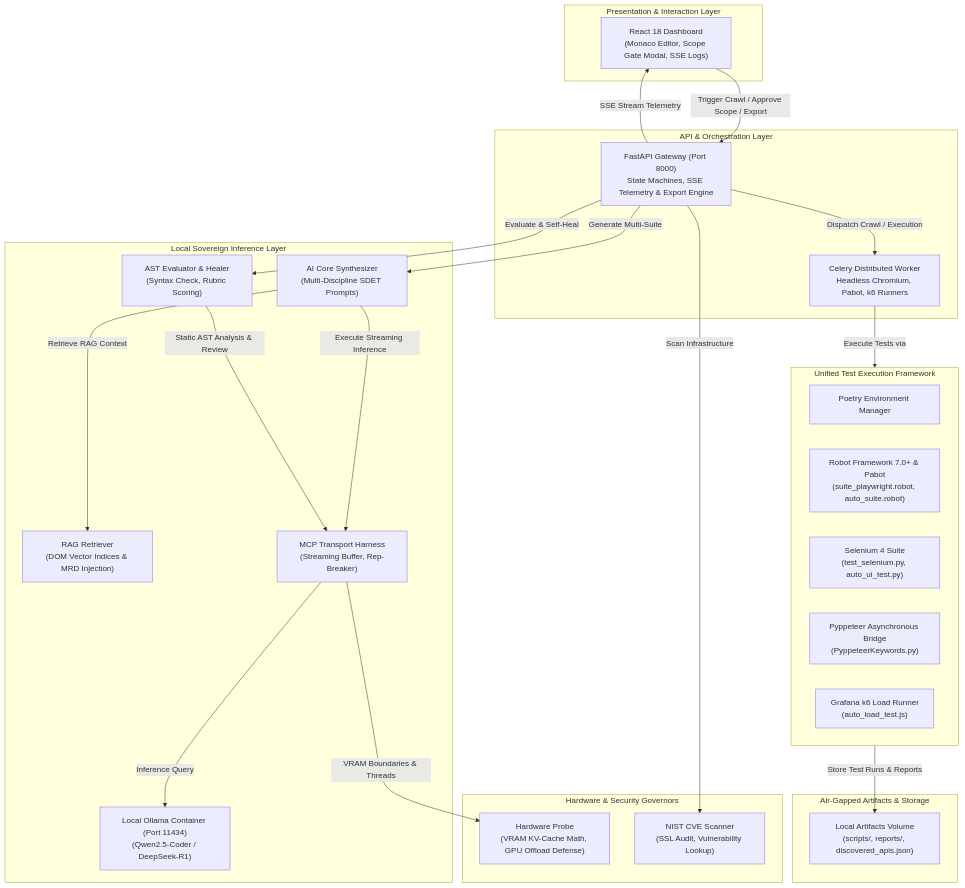
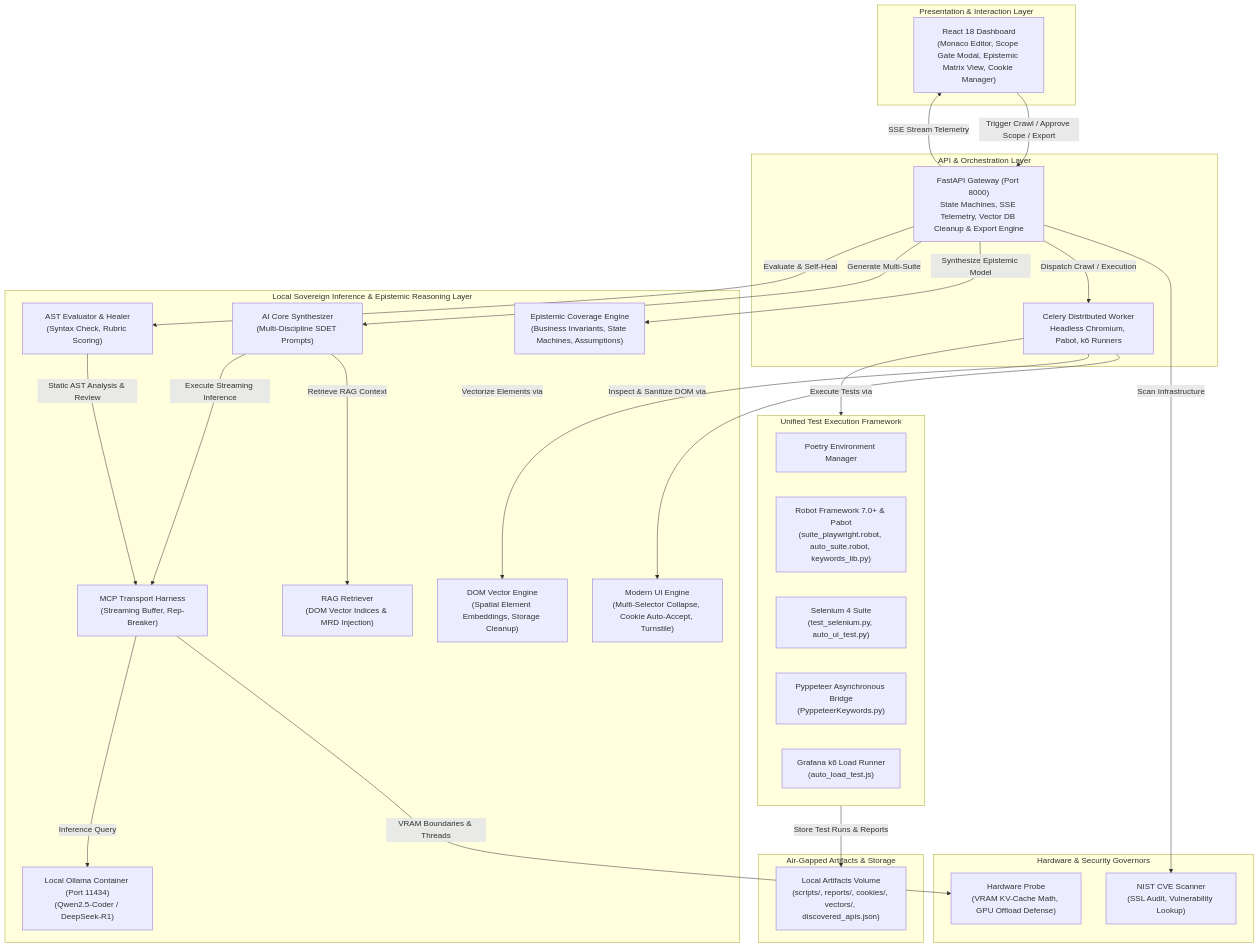
One commit to nitinjugal17/ATP changed the first of 5 diagrams in README.md. Above: the diagram before and after it, drawn with Mermaid. The commit also changed other lines of this file, not shown here.

````diff
--- a/README.md
+++ b/README.md
@@ -388,52 +405,58 @@
 ```mermaid
 graph TD
     subgraph Presentation ["Presentation & Interaction Layer"]
-        UI["React 18 Dashboard<br/>(Monaco Editor, Scope Gate Modal, SSE Logs)"]
+        UI["React 18 Dashboard<br/>(Monaco Editor, Scope Gate Modal, Epistemic Matrix View, Cookie Manager)"]
     end
 
     subgraph Gateway ["API & Orchestration Layer"]
-        FASTAPI["FastAPI Gateway (Port 8000)<br/>State Machines, SSE Telemetry & Export Engine"]
+        FASTAPI["FastAPI Gateway (Port 8000)<br/>State Machines, SSE Telemetry, Vector DB Cleanup & Export Engine"]
         WORKER["Celery Distributed Worker<br/>Headless Chromium, Pabot, k6 Runners"]
     end
 
-    subgraph Reasoning ["Local Sovereign Inference Layer"]
+    subgraph Reasoning ["Local Sovereign Inference & Epistemic Reasoning Layer"]
         AI_CORE["AI Core Synthesizer<br/>(Multi-Discipline SDET Prompts)"]
+        COVERAGE["Epistemic Coverage Engine<br/>(Business Invariants, State Machines, Assumptions)"]
+        MODERN_UI["Modern UI Engine<br/>(Multi-Selector Collapse, Cookie Auto-Accept, Turnstile)"]
+        DOM_VECTOR["DOM Vector Engine<br/>(Spatial Element Embeddings, Storage Cleanup)"]
         EVALUATOR["AST Evaluator & Healer<br/>(Syntax Check, Rubric Scoring)"]
         LANGCHAIN["RAG Retriever<br/>(DOM Vector Indices & MRD Injection)"]
         MCP_HARNESS["MCP Transport Harness<br/>(Streaming Buffer, Rep-Breaker)"]
         OLLAMA["Local Ollama Container (Port 11434)<br/>(Qwen2.5-Coder / DeepSeek-R1)"]
     end
 
     subgraph TestingHarness ["Unified Test Execution Framework"]
         POETRY["Poetry Environment Manager"]
-        ROBOT["Robot Framework 7.0+ & Pabot<br/>(suite_playwright.robot, auto_suite.robot)"]
+        ROBOT["Robot Framework 7.0+ & Pabot<br/>(suite_playwright.robot, auto_suite.robot, keywords_lib.py)"]
         SELENIUM["Selenium 4 Suite<br/>(test_selenium.py, auto_ui_test.py)"]
         PYPPETEER["Pyppeteer Asynchronous Bridge<br/>(PyppeteerKeywords.py)"]
         K6["Grafana k6 Load Runner<br/>(auto_load_test.js)"]
     end
 
     subgraph Hardware ["Hardware & Security Governors"]
         PROBE["Hardware Probe<br/>(VRAM KV-Cache Math, GPU Offload Defense)"]
         NIST["NIST CVE Scanner<br/>(SSL Audit, Vulnerability Lookup)"]
     end
 
     subgraph Storage ["Air-Gapped Artifacts & Storage"]
-        ARTIFACTS["Local Artifacts Volume<br/>(scripts/, reports/, discovered_apis.json)"]
+        ARTIFACTS["Local Artifacts Volume<br/>(scripts/, reports/, cookies/, vectors/, discovered_apis.json)"]
     end
 
     UI -->|Trigger Crawl / Approve Scope / Export| FASTAPI
     FASTAPI -->|SSE Stream Telemetry| UI
     FASTAPI -->|Scan Infrastructure| NIST
     FASTAPI -->|Dispatch Crawl / Execution| WORKER
+    FASTAPI -->|Synthesize Epistemic Model| COVERAGE
     FASTAPI -->|Generate Multi-Suite| AI_CORE
     FASTAPI -->|Evaluate & Self-Heal| EVALUATOR
 
     AI_CORE -->|Retrieve RAG Context| LANGCHAIN
     AI_CORE -->|Execute Streaming Inference| MCP_HARNESS
     MCP_HARNESS -->|VRAM Boundaries & Threads| PROBE
     MCP_HARNESS -->|Inference Query| OLLAMA
     EVALUATOR -->|Static AST Analysis & Review| MCP_HARNESS
 
+    WORKER -->|Inspect & Sanitize DOM via| MODERN_UI
+    WORKER -->|Vectorize Elements via| DOM_VECTOR
     WORKER -->|Execute Tests via| TestingHarness
     TestingHarness -->|Store Test Runs & Reports| ARTIFACTS
 ```
````
